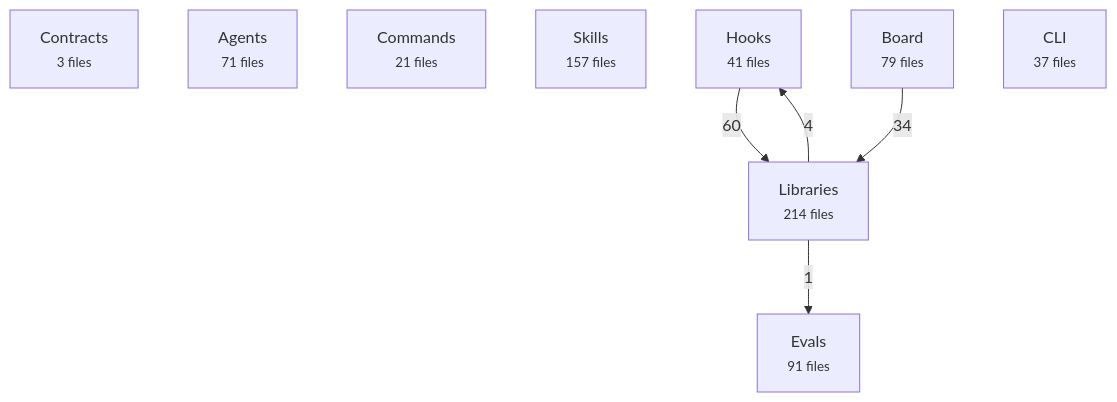
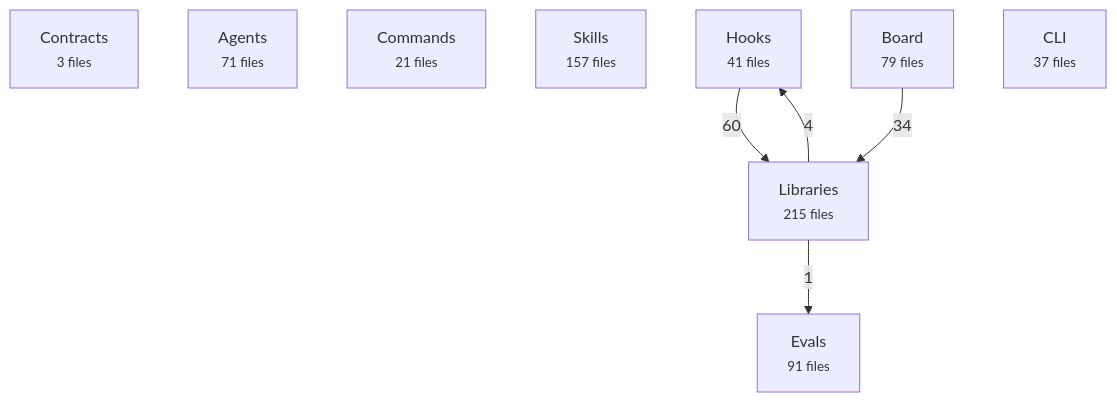
Before and after one commit to avelikiy/great_cto: the first of 2 diagrams in docs/reference/architecture-map.md, drawn with Mermaid. The commit also changed other lines of this file and 4 other files, not shown here.

````diff
--- a/docs/reference/architecture-map.md
+++ b/docs/reference/architecture-map.md
@@ -20,16 +20,16 @@
 ```mermaid
 flowchart TD
   contracts["Contracts<br/><small>3 files</small>"]
   agents["Agents<br/><small>71 files</small>"]
   commands["Commands<br/><small>21 files</small>"]
   skills["Skills<br/><small>157 files</small>"]
   hooks["Hooks<br/><small>41 files</small>"]
-  libs["Libraries<br/><small>214 files</small>"]
+  libs["Libraries<br/><small>215 files</small>"]
   board["Board<br/><small>79 files</small>"]
   cli["CLI<br/><small>37 files</small>"]
   evals["Evals<br/><small>91 files</small>"]
   hooks -->|60| libs
   board -->|34| libs
   libs -->|4| hooks
   libs -->|1| evals
 ```
````
